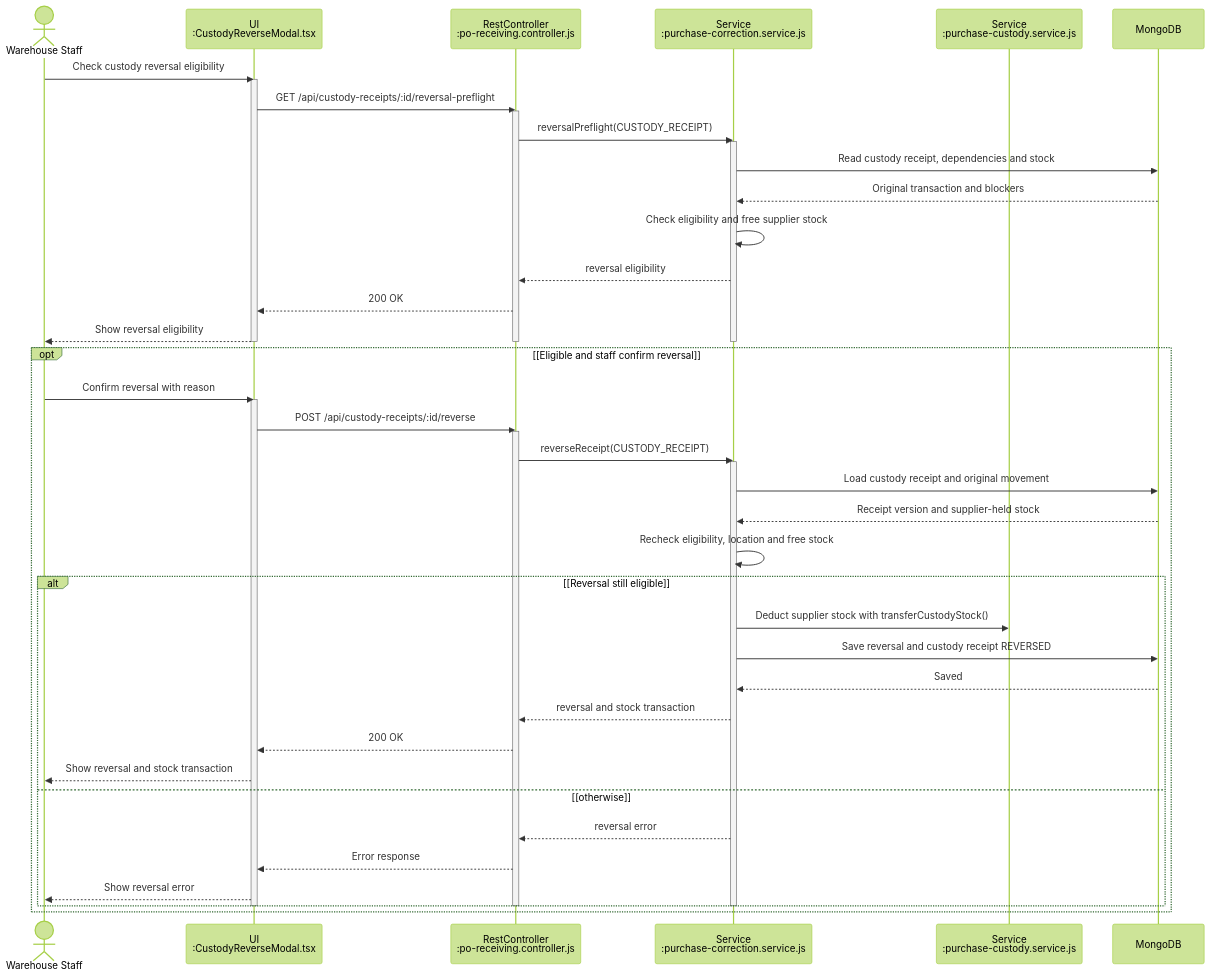
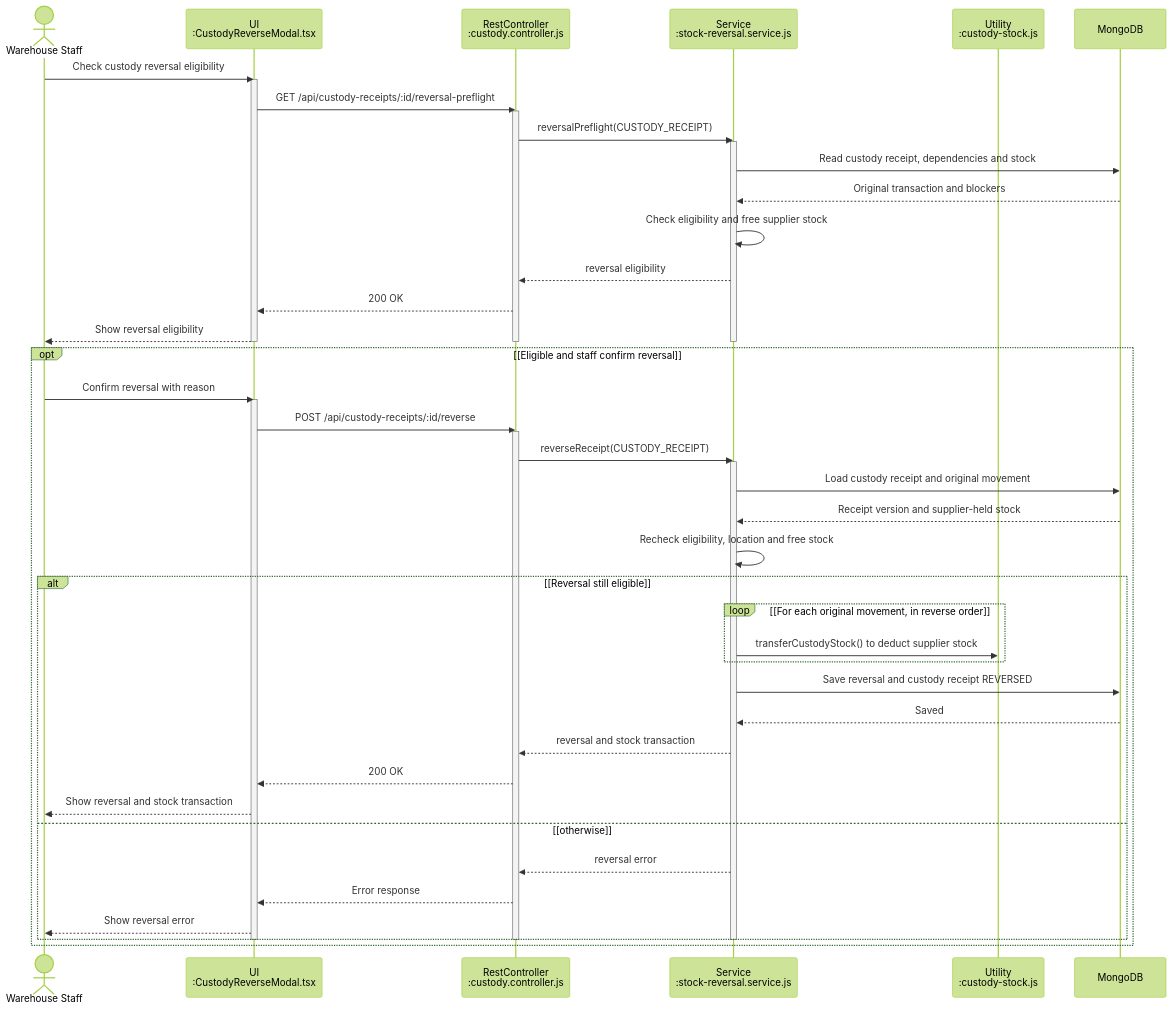
One commit to bupbalabup/wmsd_be changed diagram 28 of 46 in git_doc/docs/01_bao_cao/WMSD_Report4_Draft.md. Above: the diagram before and after it, drawn with Mermaid (forest theme). The commit also changed other lines of this file and 29 other files, not shown here.

````diff
--- a/git_doc/docs/01_bao_cao/WMSD_Report4_Draft.md
+++ b/git_doc/docs/01_bao_cao/WMSD_Report4_Draft.md
@@ -1878,50 +1901,52 @@
 ```mermaid
 sequenceDiagram
   actor X as Warehouse Staff
   participant U as UI<br/>:CustodyReverseModal.tsx
-  participant A as RestController<br/>:po-receiving.controller.js
-  participant S as Service<br/>:purchase-correction.service.js
-  participant T as Service<br/>:purchase-custody.service.js
+  participant A as RestController<br/>:custody.controller.js
+  participant S as Service<br/>:stock-reversal.service.js
+  participant T as Utility<br/>:custody-stock.js
   participant D as MongoDB
   X->>U: Check custody reversal eligibility
   activate U
   U->>A: GET /api/custody-receipts/:id/reversal-preflight
   activate A
   A->>S: reversalPreflight(CUSTODY_RECEIPT)
   activate S
   S->>D: Read custody receipt, dependencies and stock
   D-->>S: Original transaction and blockers
   S->>S: Check eligibility and free supplier stock
   S-->>A: reversal eligibility
   A-->>U: 200 OK
   U-->>X: Show reversal eligibility
   deactivate S
   deactivate A
   deactivate U
   opt [Eligible and staff confirm reversal]
     X->>U: Confirm reversal with reason
     activate U
     U->>A: POST /api/custody-receipts/:id/reverse
     activate A
     A->>S: reverseReceipt(CUSTODY_RECEIPT)
     activate S
     S->>D: Load custody receipt and original movement
     D-->>S: Receipt version and supplier-held stock
     S->>S: Recheck eligibility, location and free stock
     alt [Reversal still eligible]
-      S->>T: Deduct supplier stock with transferCustodyStock()
+      loop [For each original movement, in reverse order]
+        S->>T: transferCustodyStock() to deduct supplier stock
+      end
       S->>D: Save reversal and custody receipt REVERSED
       D-->>S: Saved
       S-->>A: reversal and stock transaction
       A-->>U: 200 OK
       U-->>X: Show reversal and stock transaction
     else [otherwise]
       S-->>A: reversal error
       A-->>U: Error response
       U-->>X: Show reversal error
     end
     deactivate S
     deactivate A
     deactivate U
   end
 ```
````
